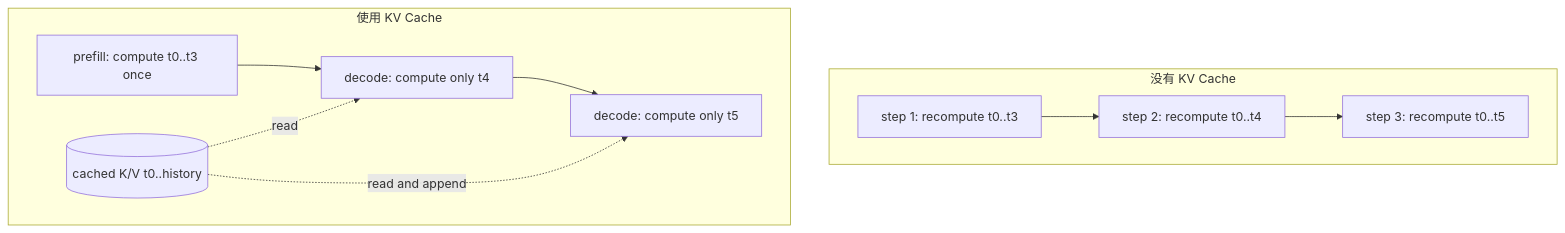
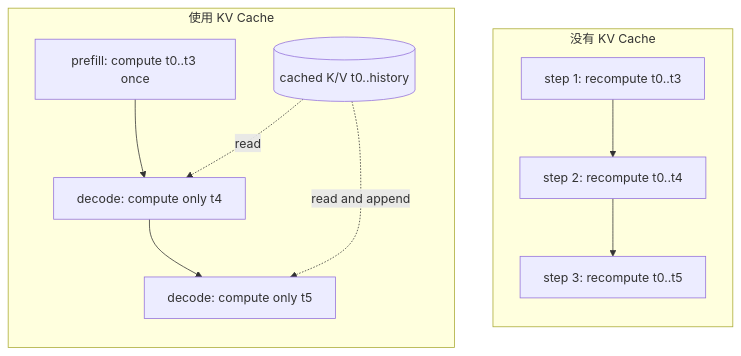
The ninth of 11 diagrams in book/01-transformer-inference/README.md (cluster1900/vllm_reader), drawn with Mermaid before and after one commit. The commit also changed other lines of this file and 38 other files, not shown here.

````diff
--- a/book/01-transformer-inference/README.md
+++ b/book/01-transformer-inference/README.md
@@ -669,13 +706,15 @@
 ```mermaid
 flowchart TB
     subgraph NoCache[没有 KV Cache]
+      direction TB
       N1[step 1: recompute t0..t3] --> N2[step 2: recompute t0..t4]
       N2 --> N3[step 3: recompute t0..t5]
     end
     subgraph WithCache[使用 KV Cache]
+      direction TB
       C1[prefill: compute t0..t3 once] --> C2[decode: compute only t4]
       C2 --> C3[decode: compute only t5]
       K[(cached K/V t0..history)] -. read .-> C2
       K -. read and append .-> C3
     end
 ```
````
